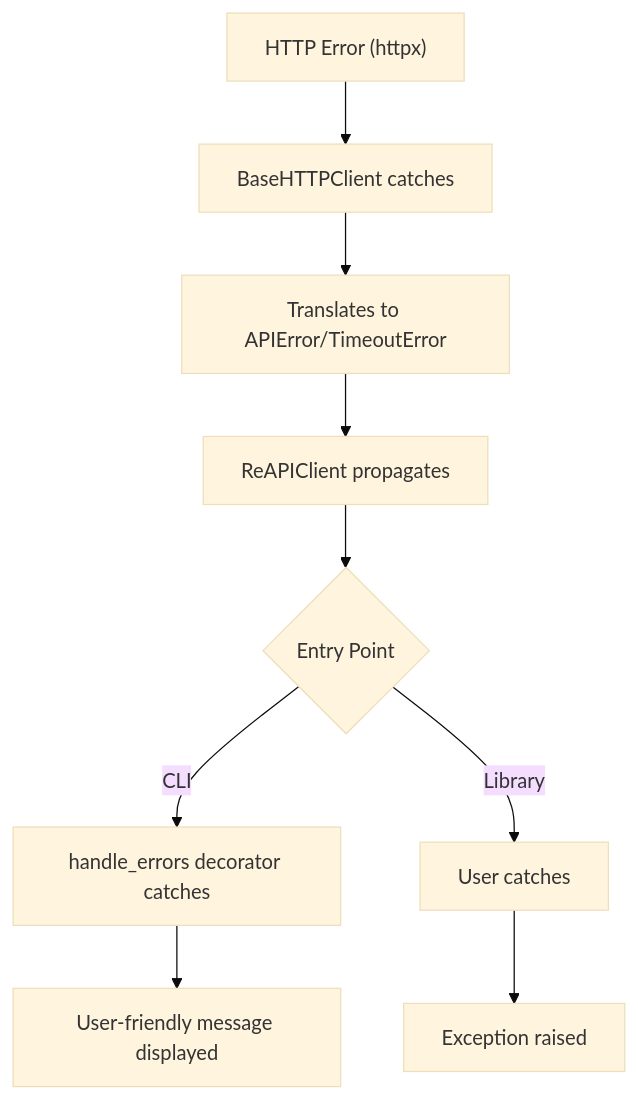
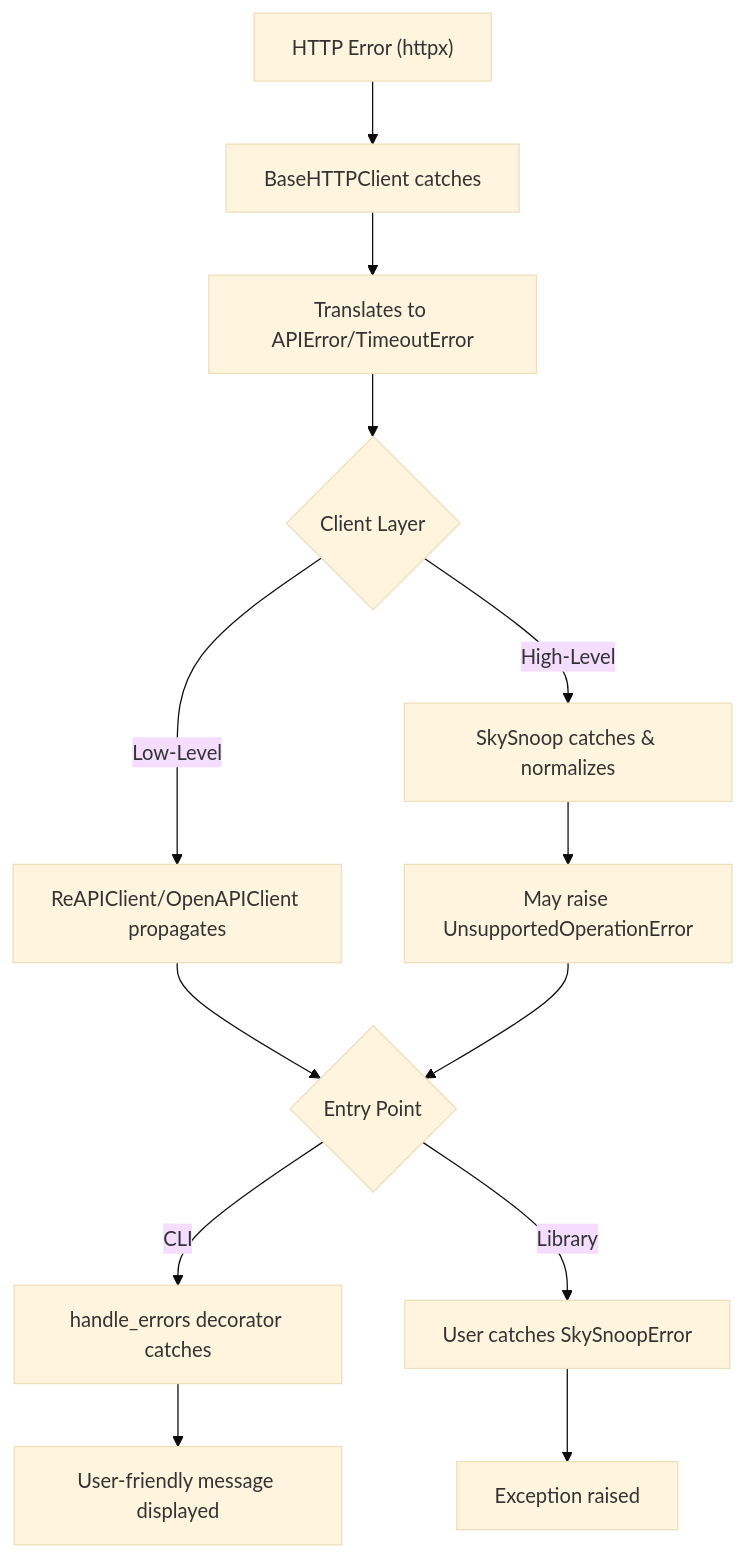
One commit to tedivm/skysnoop changed the third of 3 diagrams in docs/dev/architecture.md. Above: the diagram before and after it, drawn with Mermaid (base theme). The commit also changed other lines of this file and 45 other files, not shown here.

Commit message:
Create a high level unified client

````diff
--- a/docs/dev/architecture.md
+++ b/docs/dev/architecture.md
@@ -220,11 +311,15 @@
 ```mermaid
 flowchart TD
     A["HTTP Error (httpx)"] --> B["BaseHTTPClient catches"]
     B --> C["Translates to APIError/TimeoutError"]
-    C --> D["ReAPIClient propagates"]
-    D --> E{"Entry Point"}
-    E -->|CLI| F["handle_errors decorator catches"]
-    E -->|Library| G["User catches"]
-    F --> H["User-friendly message displayed"]
-    G --> I["Exception raised"]
+    C --> D{"Client Layer"}
+    D -->|Low-Level| E["ReAPIClient/OpenAPIClient propagates"]
+    D -->|High-Level| F["SkySnoop catches & normalizes"]
+    F --> G["May raise UnsupportedOperationError"]
+    E --> H{"Entry Point"}
+    G --> H
+    H -->|CLI| I["handle_errors decorator catches"]
+    H -->|Library| J["User catches SkySnoopError"]
+    I --> K["User-friendly message displayed"]
+    J --> L["Exception raised"]
 ```
````
